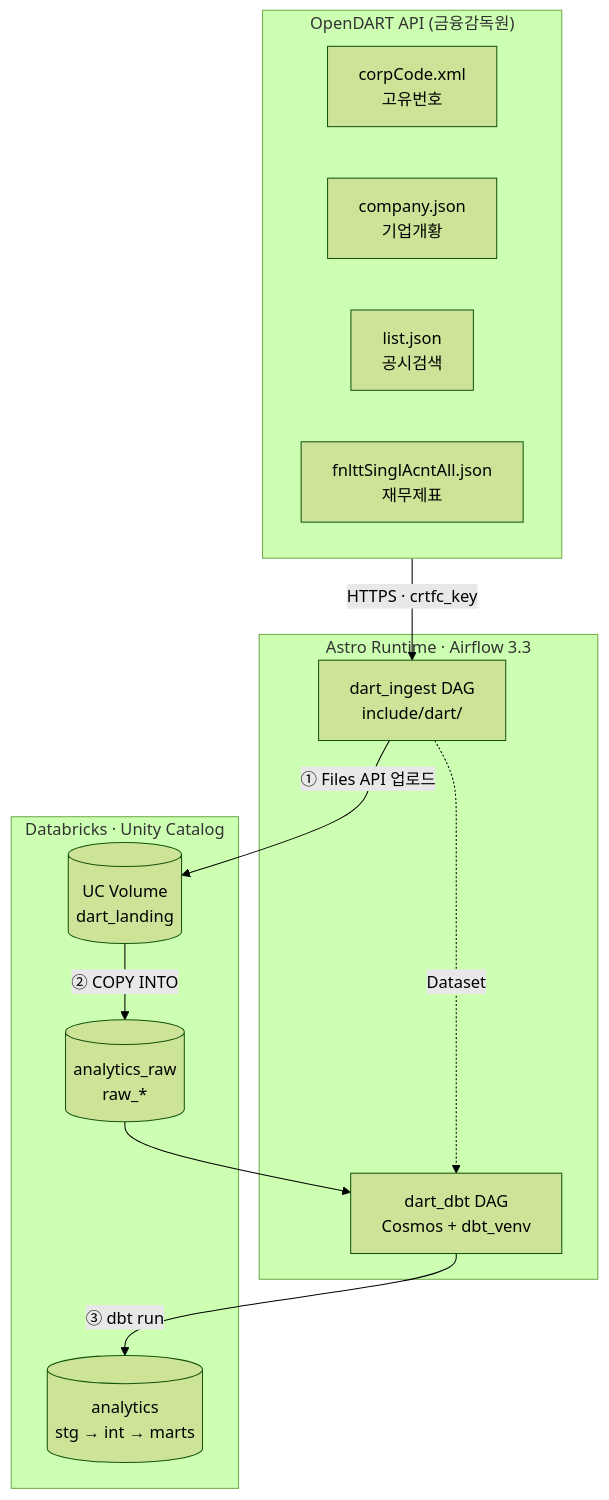
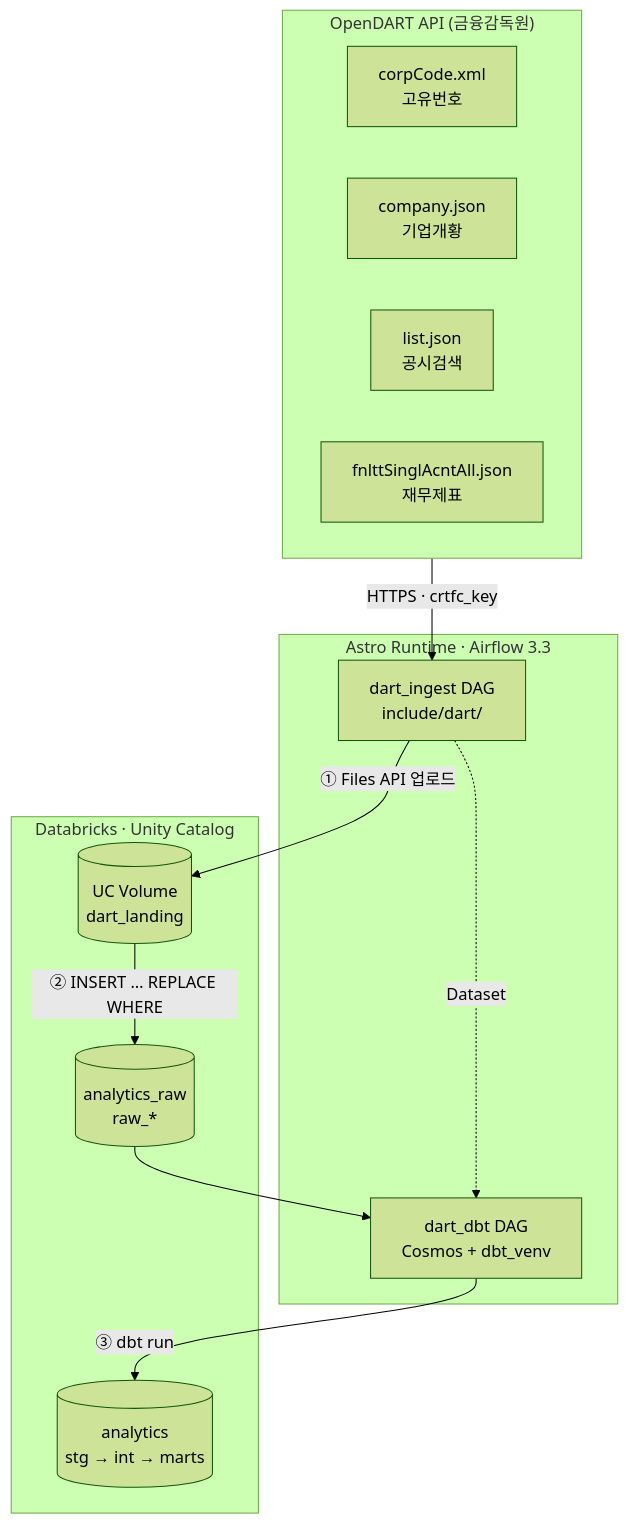
The diagram in README.md (DailyRoutiner/airflow_dbt), drawn with Mermaid (forest theme) before and after one commit. The commit also changed other lines of this file and 14 other files, not shown here.

````diff
--- a/README.md
+++ b/README.md
@@ -14,27 +14,27 @@
 ```mermaid
 flowchart TB
     subgraph DART["OpenDART API (금융감독원)"]
         A1["corpCode.xml<br/>고유번호"]
         A2["company.json<br/>기업개황"]
         A3["list.json<br/>공시검색"]
         A4["fnlttSinglAcntAll.json<br/>재무제표"]
     end
 
     subgraph AF["Astro Runtime · Airflow 3.3"]
         B1["dart_ingest DAG<br/>include/dart/"]
         B2["dart_dbt DAG<br/>Cosmos + dbt_venv"]
         B1 -. "Dataset" .-> B2
     end
 
     subgraph DBX["Databricks · Unity Catalog"]
         C1[("UC Volume<br/>dart_landing")]
         C2[("analytics_raw<br/>raw_*")]
         C3[("analytics<br/>stg → int → marts")]
     end
 
     DART -->|"HTTPS · crtfc_key"| B1
     B1 -->|"① Files API 업로드"| C1
-    C1 -->|"② COPY INTO"| C2
+    C1 -->|"② INSERT … REPLACE WHERE"| C2
     C2 --> B2
     B2 -->|"③ dbt run"| C3
 ```
````
